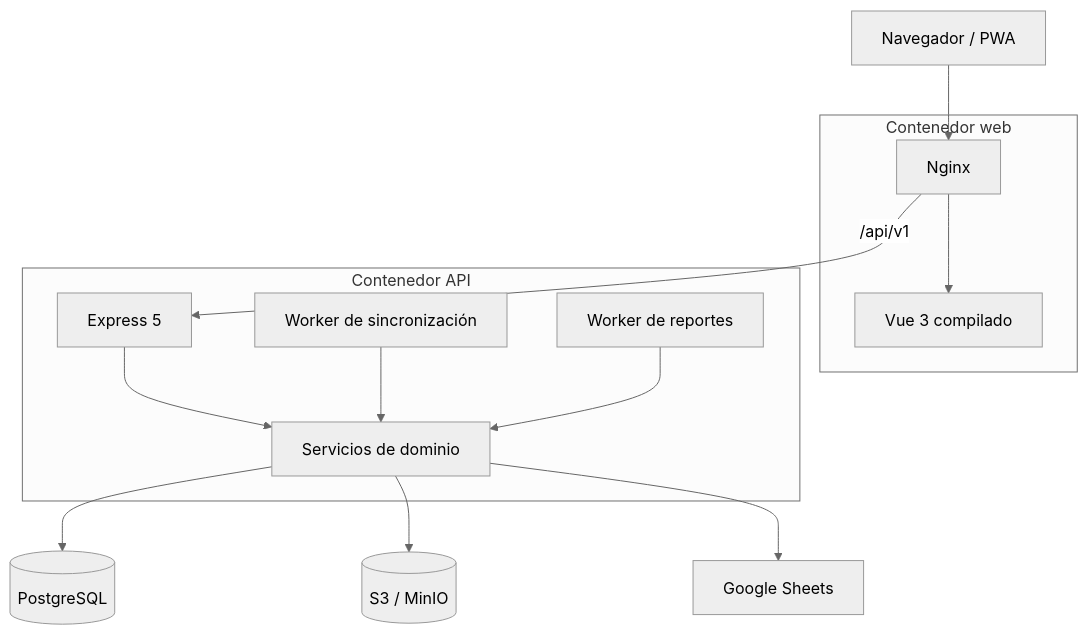
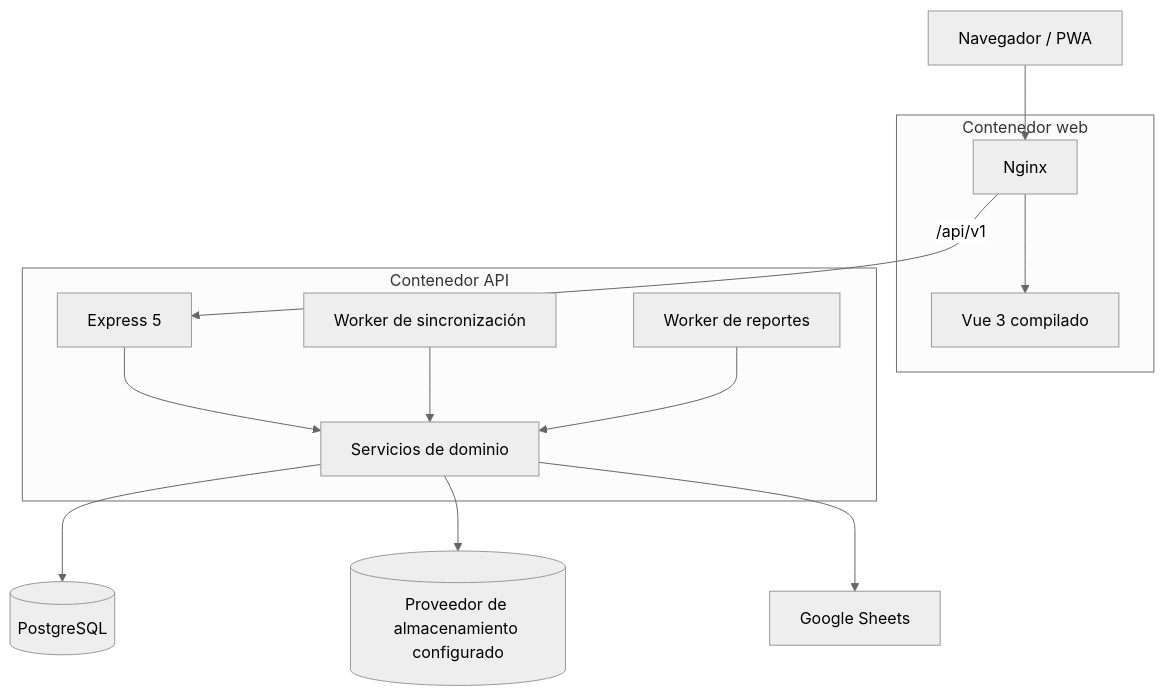
Before and after one commit to luistorres-idt/puk: the second of 3 diagrams in docs/technical/architecture.md, drawn with Mermaid (neutral theme). The commit also changed other lines of this file and 14 other files, not shown here.

````diff
--- a/docs/technical/architecture.md
+++ b/docs/technical/architecture.md
@@ -24,26 +24,26 @@
 ```mermaid
 flowchart TB
     Browser[Navegador / PWA]
 
     subgraph WebContainer[Contenedor web]
         Nginx[Nginx]
         Static[Vue 3 compilado]
         Nginx --> Static
     end
 
     subgraph ApiContainer[Contenedor API]
         Express[Express 5]
         Domain[Servicios de dominio]
         SyncWorker[Worker de sincronización]
         ReportWorker[Worker de reportes]
         Express --> Domain
         SyncWorker --> Domain
         ReportWorker --> Domain
     end
 
     Browser --> Nginx
     Nginx -->|/api/v1| Express
     Domain --> Postgres[(PostgreSQL)]
-    Domain --> ObjectStore[(S3 / MinIO)]
+    Domain --> ObjectStore[(Proveedor de almacenamiento configurado)]
     Domain --> Google[Google Sheets]
 ```
````
